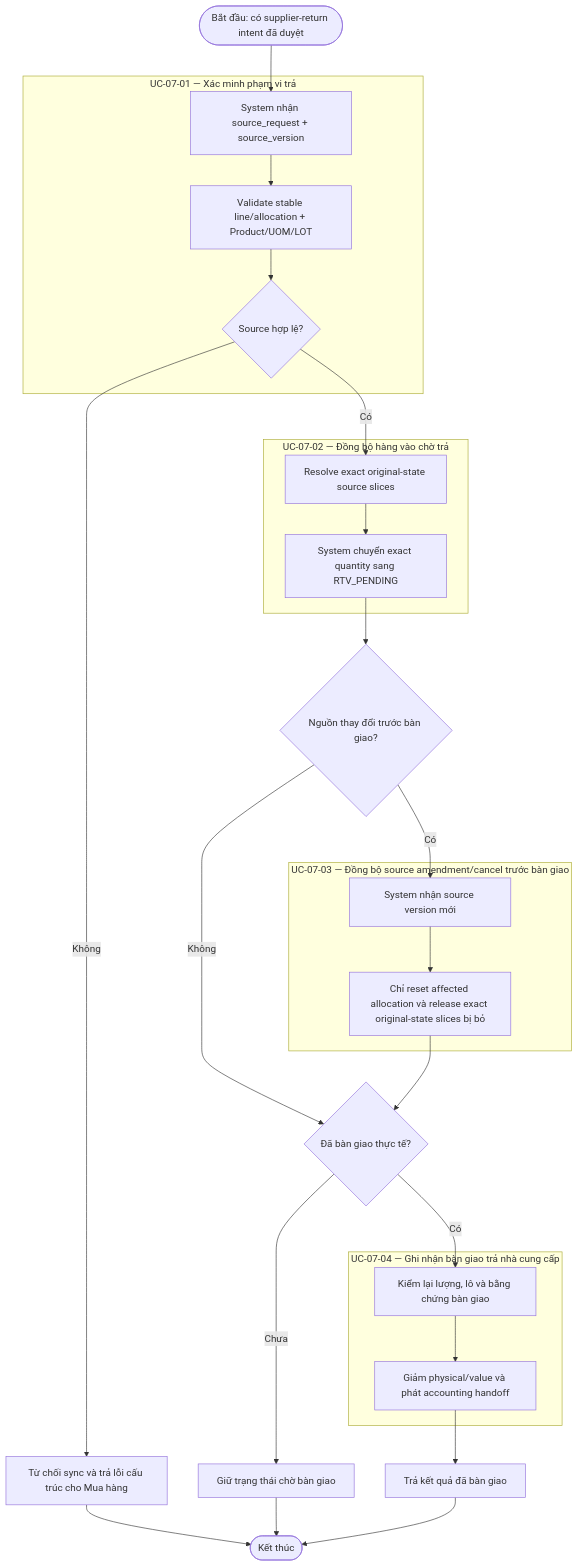
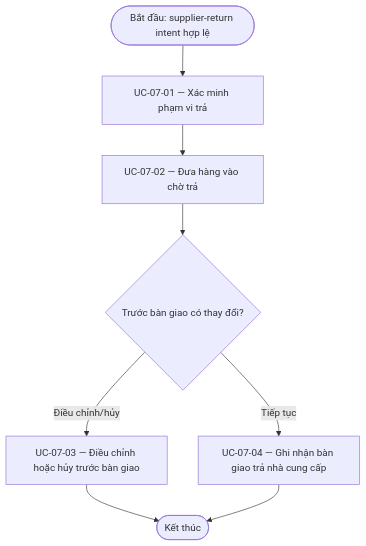
Before and after one commit to DsChien102/erp-sales-inventory: the diagram in specs/themes/theme-07/02.specification/behavior/journeys/BJ-07-thuc-hien-tra-hang-cho-nha-cung-cap.md, drawn with Mermaid. The commit also changed other lines of this file and 4136 other files, not shown here.

````diff
--- a/specs/themes/theme-07/02.specification/behavior/journeys/BJ-07-thuc-hien-tra-hang-cho-nha-cung-cap.md
+++ b/specs/themes/theme-07/02.specification/behavior/journeys/BJ-07-thuc-hien-tra-hang-cho-nha-cung-cap.md
@@ -53,37 +34,10 @@
 ```mermaid
 flowchart TD
-    S([Bắt đầu: có supplier-return intent đã duyệt]) --> U1A
-
-    subgraph U1["UC-07-01 — Xác minh phạm vi trả"]
-        U1A[System nhận source_request + source_version] --> U1B[Validate stable line/allocation + Product/UOM/LOT]
-        U1B --> U1C{Source hợp lệ?}
-    end
-
-    U1C -->|Không| R0[Từ chối sync và trả lỗi cấu trúc cho Mua hàng]
-    U1C -->|Có| U2A
-
-    subgraph U2["UC-07-02 — Đồng bộ hàng vào chờ trả"]
-        U2A[Resolve exact original-state source slices] --> U2B[System chuyển exact quantity sang RTV_PENDING]
-    end
-
-    U2B --> D{Nguồn thay đổi trước bàn giao?}
-    D -->|Có| U3A
-    D -->|Không| H{Đã bàn giao thực tế?}
-
-    subgraph U3["UC-07-03 — Đồng bộ source amendment/cancel trước bàn giao"]
-        U3A[System nhận source version mới] --> U3B[Chỉ reset affected allocation và release exact original-state slices bị bỏ]
-    end
-
-    U3B --> H
-    H -->|Chưa| R1[Giữ trạng thái chờ bàn giao]
-    H -->|Có| SUA
-
-    subgraph SU["UC-07-04 — Ghi nhận bàn giao trả nhà cung cấp"]
-        SUA[Kiểm lại lượng, lô và bằng chứng bàn giao] --> SUB[Giảm physical/value và phát accounting handoff]
-    end
-
-    SUB --> R2[Trả kết quả đã bàn giao]
-    R0 --> E([Kết thúc])
-    R1 --> E
-    R2 --> E
+    Begin([Bắt đầu: supplier-return intent hợp lệ]) --> U1["UC-07-01 — Xác minh phạm vi trả"]
+    U1 --> U2["UC-07-02 — Đưa hàng vào chờ trả"]
+    U2 --> D{"Trước bàn giao có thay đổi?"}
+    D -->|Điều chỉnh/hủy| U3["UC-07-03 — Điều chỉnh hoặc hủy trước bàn giao"]
+    U3 --> End([Kết thúc])
+    D -->|Tiếp tục| U4["UC-07-04 — Ghi nhận bàn giao trả nhà cung cấp"]
+    U4 --> End
 ```
````
